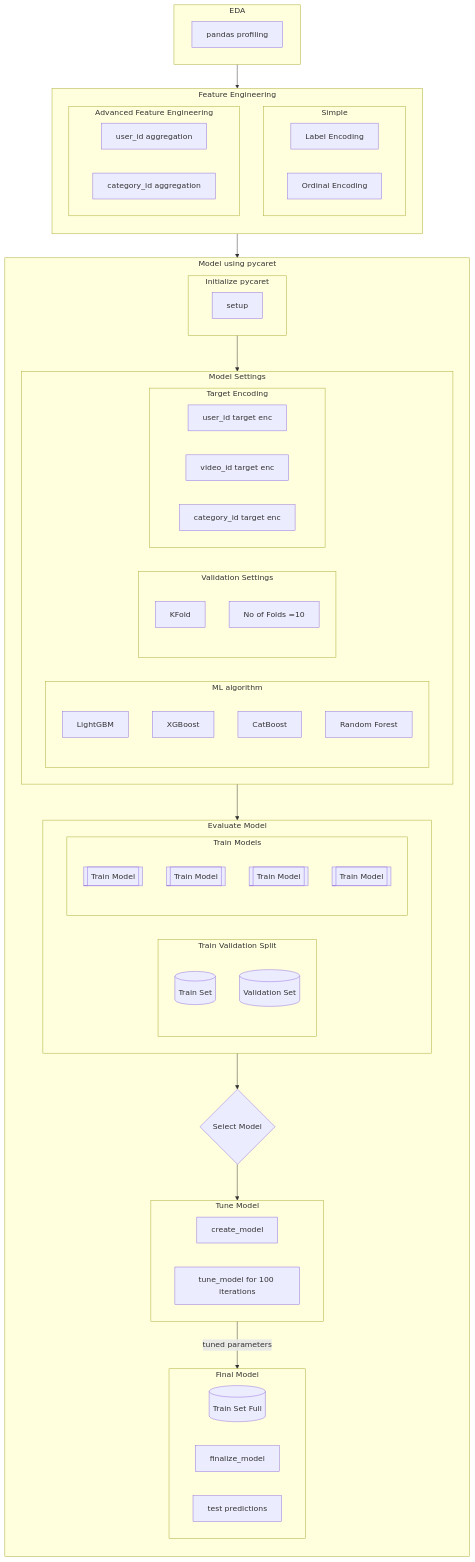
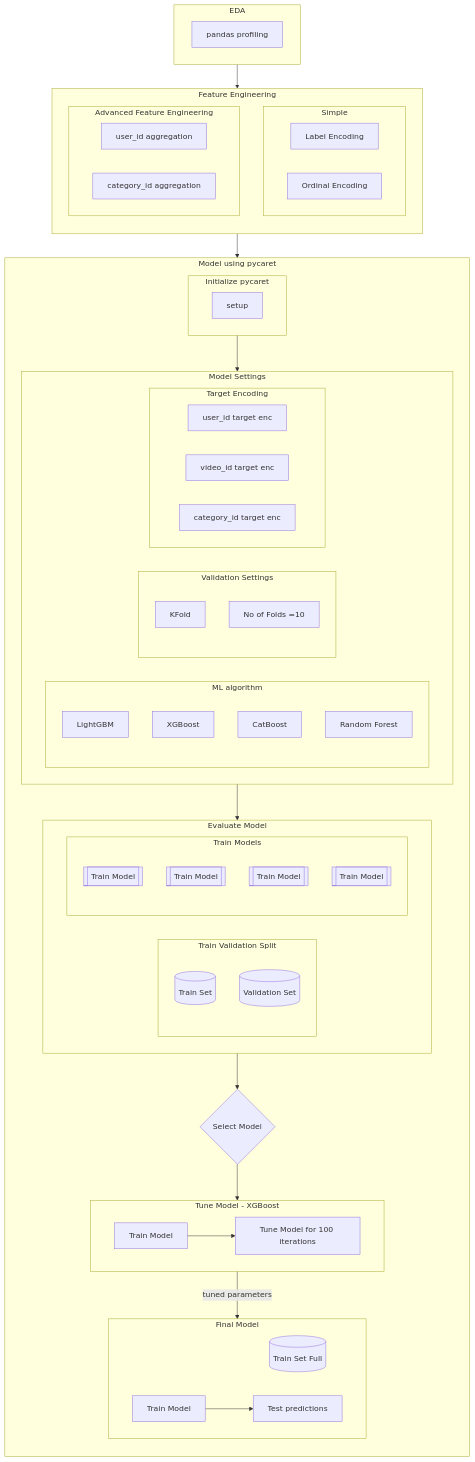
The diagram in readme test.md (baskarsambandamurthy/testrep), drawn with Mermaid before and after one commit.

Commit message:
Working with added inner links for tuning and finalize

`````diff
--- a/readme test.md
+++ b/readme test.md
@@ -11,71 +11,69 @@
 ```mermaid
 flowchart TB
     FE --> py
     subgraph py[Model using pycaret]
       direction TB
       subgraph py1[Initialize pycaret]
         py11[setup]
       end
       modelset --> py2
       py1 --> modelset
       py2 --> sel{Select Model}
       sel --> py3
       py3 -->|tuned parameters|py4
       subgraph py2[Evaluate Model]
           subgraph py21[Train Validation Split]
             py211[(Train Set)]
             py212[(Validation Set)]
           end
           subgraph py22[Train Models]
             py221[[Train Model]]
             py222[[Train Model]]
             py223[[Train Model]]
             py224[[Train Model]]
           end
       end
-      subgraph py3[Tune Model]
-        py31[create_model]
-        py32[tune_model for 100 iterations]
+      subgraph py3[Tune Model - XGBoost]
+        py31[Train Model] --> py32[Tune Model for 100 iterations]
       end    
       subgraph py4[Final Model]
         py41[(Train Set Full)]
-        py42[finalize_model]
-        py43[test predictions]
+        py42[Train Model] --> py43[Test predictions]
       end       
       subgraph modelset[Model Settings]
         subgraph modelset1[ML algorithm]
           modelset11[LightGBM]
           modelset12[XGBoost]
           modelset13[CatBoost]
           modelset14[Random Forest]
         end
 
         subgraph modelset2[Validation Settings]
           modelset21[KFold]
           modelset22[No of Folds =10]
         end
         subgraph modelsette[Target Encoding]
           modelsette1[user_id target enc]
           modelsette2[video_id target enc]
           modelsette3[category_id target enc]
         end
       end
     end
     subgraph FE[Feature Engineering]
     direction TB
     subgraph SFE[Simple]
         direction LR
         LE[Label Encoding]
         OE[Ordinal Encoding]
     end
     subgraph ADV[Advanced Feature Engineering]
         direction LR
         AGG1[user_id aggregation]
         AGG2[category_id aggregation]
     end
   end
   subgraph EDA
     EDA1[pandas profiling]
   end
   EDA -->FE 
 ````
`````
